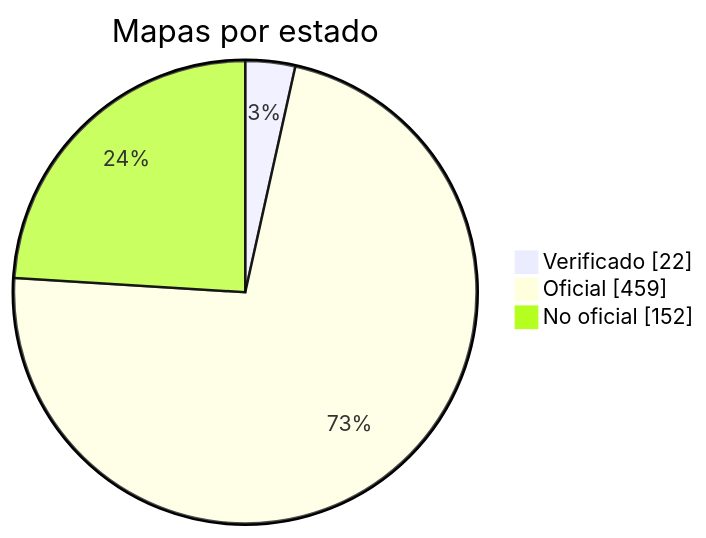
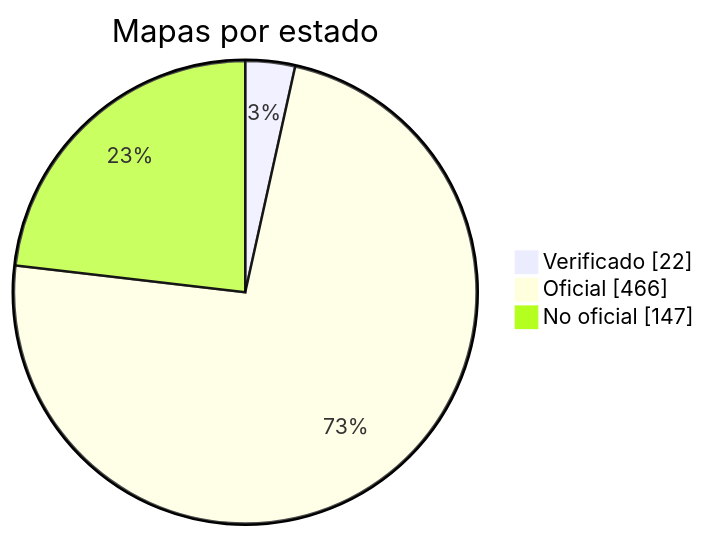
Before and after one commit to nobrega8/mbmap-library: the diagram in docs/readme/README_ES.md, drawn with Mermaid. The commit also changed 4 other files, not shown here.

````diff
--- a/docs/readme/README_ES.md
+++ b/docs/readme/README_ES.md
@@ -54,7 +54,7 @@
 ```mermaid
 pie showData
     title Mapas por estado
     "Verificado" : 22
-    "Oficial" : 459
-    "No oficial" : 152
+    "Oficial" : 466
+    "No oficial" : 147
 ```
````
